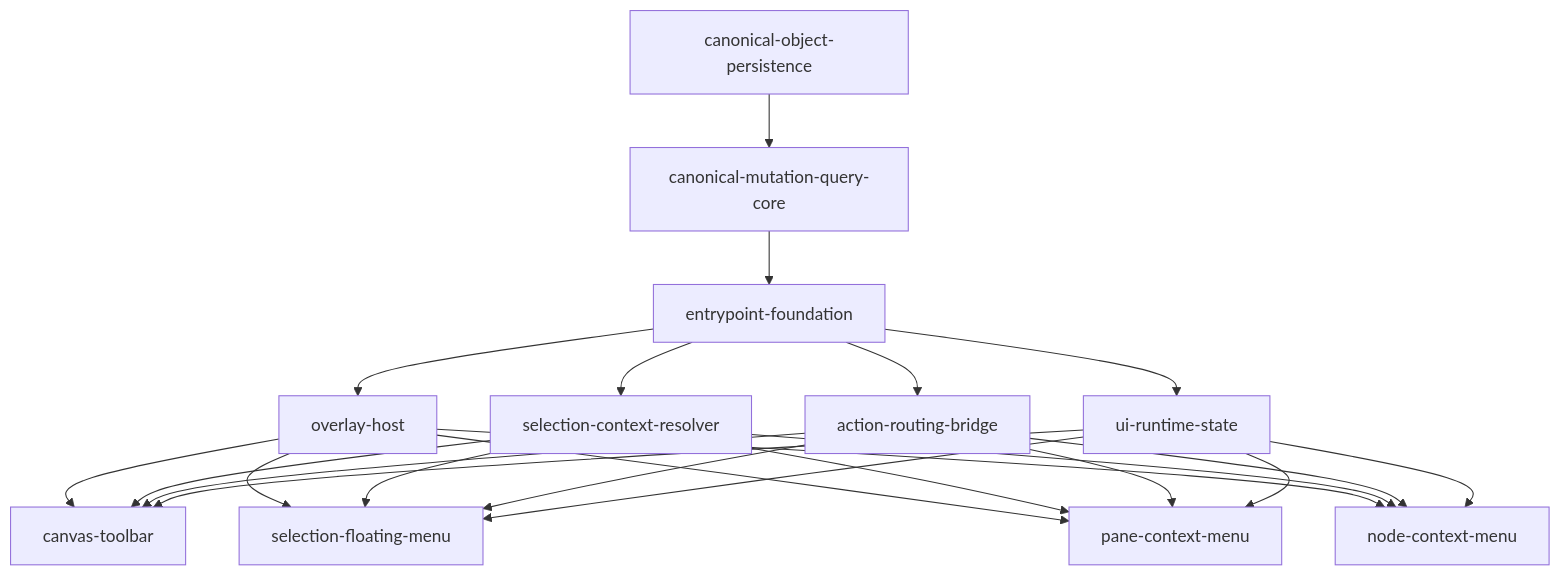
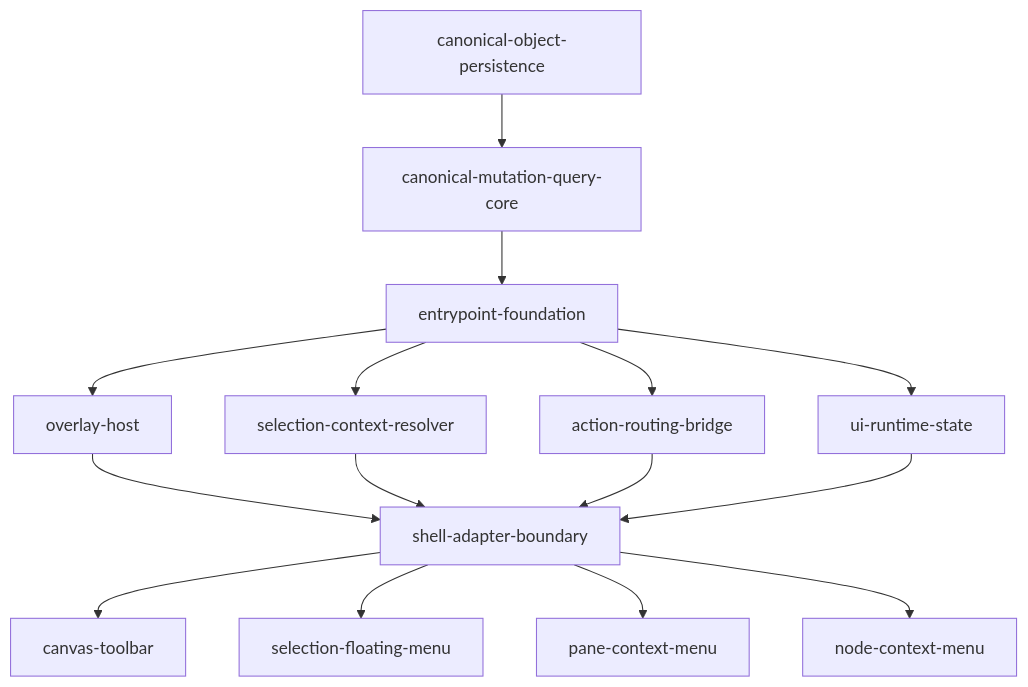
Before and after one commit to ev3rlit/magam-canonical-archive: the first of 3 diagrams in docs/features/database-first-canvas-platform/canvas-ui-entrypoints/README.md, drawn with Mermaid. The commit also changed other lines of this file and 16 other files, not shown here.

````diff
--- a/docs/features/database-first-canvas-platform/canvas-ui-entrypoints/README.md
+++ b/docs/features/database-first-canvas-platform/canvas-ui-entrypoints/README.md
@@ -218,25 +255,17 @@
 ```mermaid
 flowchart TD
   persistence["canonical-object-persistence"] --> mutation["canonical-mutation-query-core"]
   mutation --> foundation["entrypoint-foundation"]
   foundation --> overlay["overlay-host"]
   foundation --> resolver["selection-context-resolver"]
   foundation --> routing["action-routing-bridge"]
   foundation --> state["ui-runtime-state"]
-  overlay --> toolbar["canvas-toolbar"]
-  overlay --> floating["selection-floating-menu"]
-  overlay --> pane["pane-context-menu"]
-  overlay --> node["node-context-menu"]
-  resolver --> toolbar
-  resolver --> floating
-  resolver --> pane
-  resolver --> node
-  routing --> toolbar
-  routing --> floating
-  routing --> pane
-  routing --> node
-  state --> toolbar
-  state --> floating
-  state --> pane
-  state --> node
+  overlay --> shell["shell-adapter-boundary"]
+  resolver --> shell
+  routing --> shell
+  state --> shell
+  shell --> toolbar["canvas-toolbar"]
+  shell --> floating["selection-floating-menu"]
+  shell --> pane["pane-context-menu"]
+  shell --> node["node-context-menu"]
 ```
````
